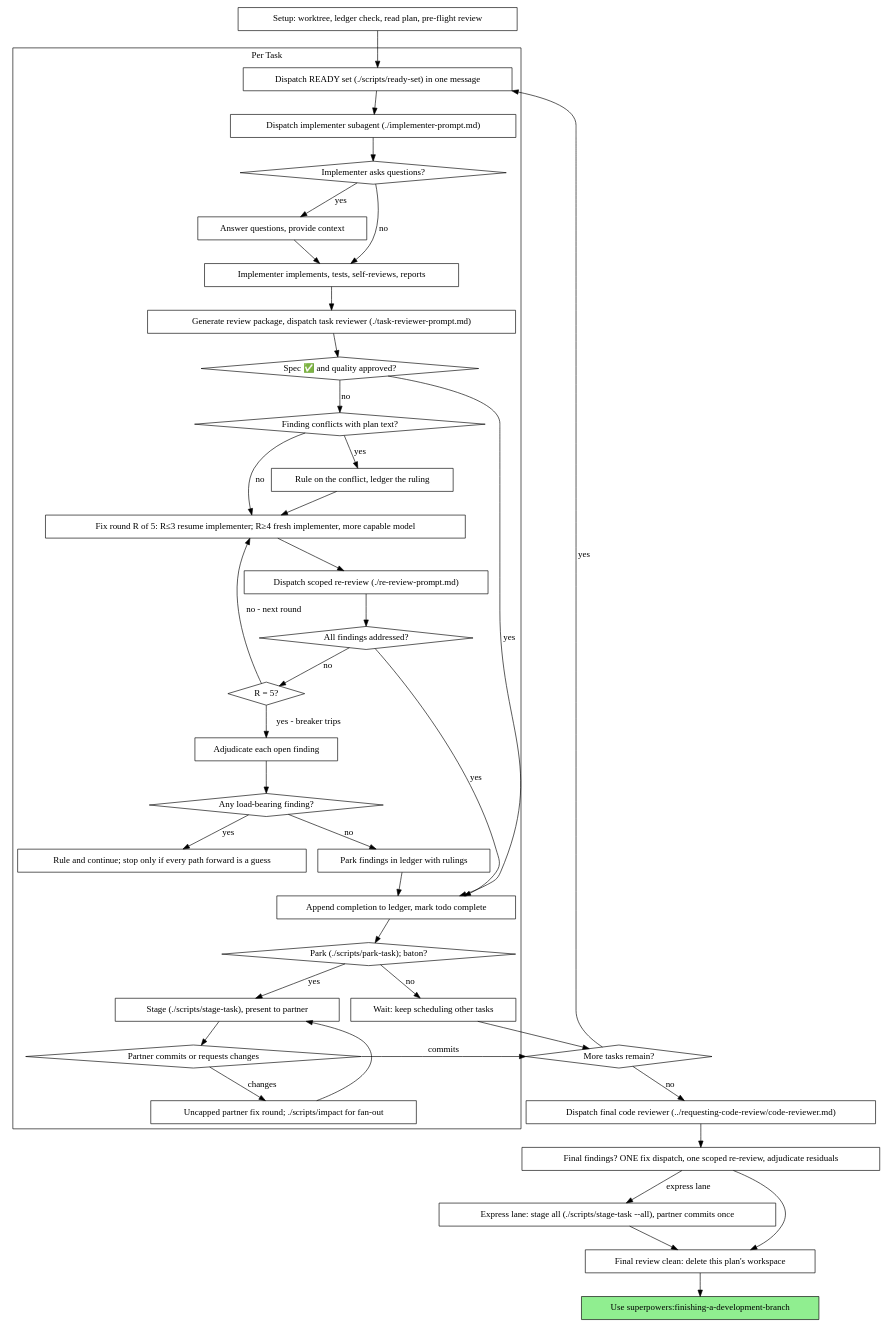
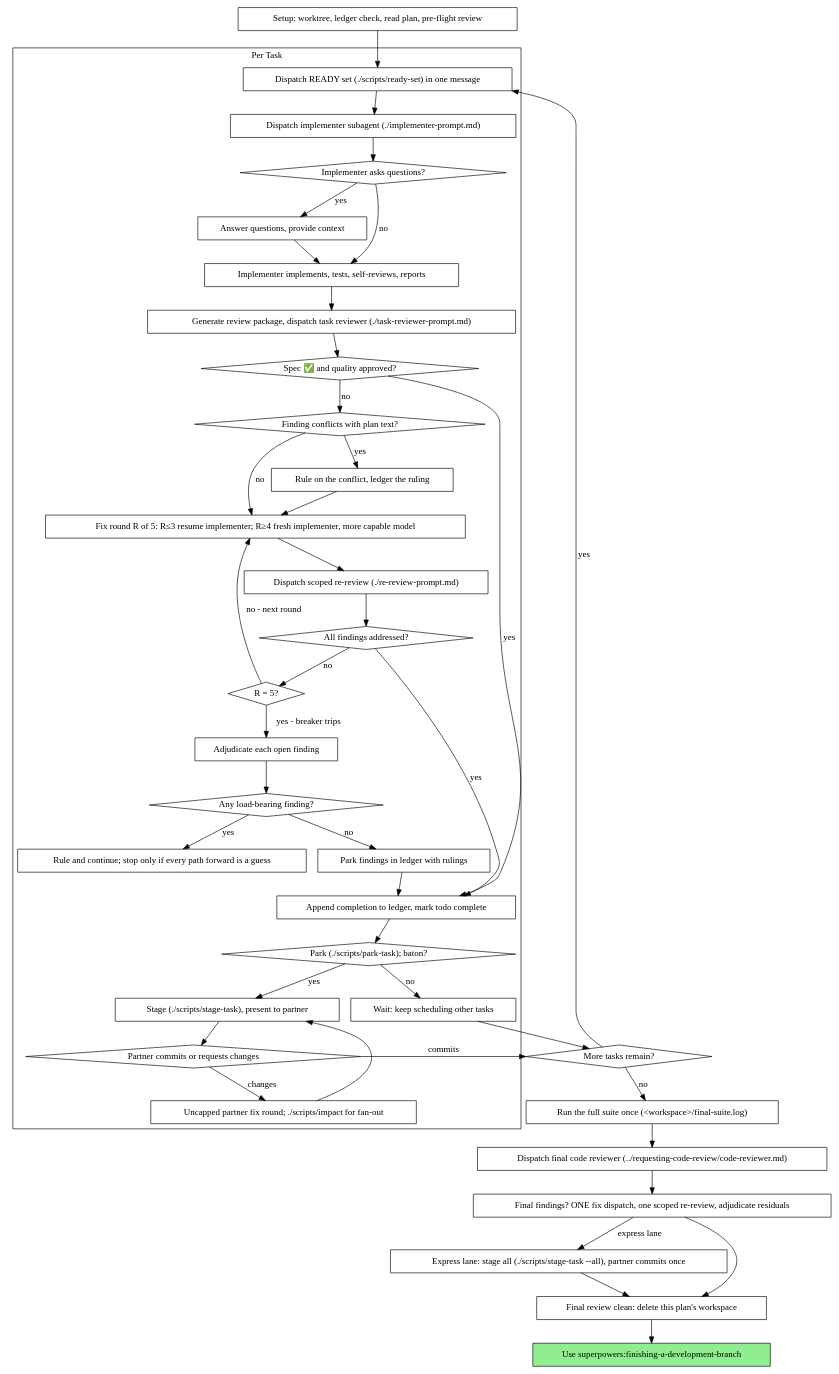
One commit to Petar-CV/playbook changed the second of 2 diagrams in skills/subagent-driven-development/SKILL.md. Above: the diagram before and after it, drawn with Graphviz. The commit also changed other lines of this file and 37 other files, not shown here.

Commit message:
Port the parts of upstream 6.4.1 that fit the commit gate. Native executing-plans, diagnosing-superpowers, per-plan snapshot refs, final-review grading, filled placeholder rows.

````diff
--- a/skills/subagent-driven-development/SKILL.md
+++ b/skills/subagent-driven-development/SKILL.md
@@ -66,79 +66,81 @@
 ```dot
 digraph process {
     rankdir=TB;
 
     subgraph cluster_per_task {
         label="Per Task";
         "Dispatch implementer subagent (./implementer-prompt.md)" [shape=box];
         "Implementer asks questions?" [shape=diamond];
         "Answer questions, provide context" [shape=box];
         "Implementer implements, tests, self-reviews, reports" [shape=box];
         "Generate review package, dispatch task reviewer (./task-reviewer-prompt.md)" [shape=box];
         "Spec ✅ and quality approved?" [shape=diamond];
         "Finding conflicts with plan text?" [shape=diamond];
         "Rule on the conflict, ledger the ruling" [shape=box];
         "Fix round R of 5: R≤3 resume implementer; R≥4 fresh implementer, more capable model" [shape=box];
         "Dispatch scoped re-review (./re-review-prompt.md)" [shape=box];
         "All findings addressed?" [shape=diamond];
         "R = 5?" [shape=diamond];
         "Adjudicate each open finding" [shape=box];
         "Any load-bearing finding?" [shape=diamond];
         "Rule and continue; stop only if every path forward is a guess" [shape=box];
         "Park findings in ledger with rulings" [shape=box];
         "Append completion to ledger, mark todo complete" [shape=box];
         "Dispatch READY set (./scripts/ready-set) in one message" [shape=box];
         "Park (./scripts/park-task); baton?" [shape=diamond];
         "Wait: keep scheduling other tasks" [shape=box];
         "Stage (./scripts/stage-task), present to partner" [shape=box];
         "Partner commits or requests changes" [shape=diamond];
         "Uncapped partner fix round; ./scripts/impact for fan-out" [shape=box];
     }
 
     "Setup: worktree, ledger check, read plan, pre-flight review" [shape=box];
     "More tasks remain?" [shape=diamond];
     "Dispatch final code reviewer (../requesting-code-review/code-reviewer.md)" [shape=box];
+    "Run the full suite once (<workspace>/final-suite.log)" [shape=box];
     "Final findings? ONE fix dispatch, one scoped re-review, adjudicate residuals" [shape=box];
     "Express lane: stage all (./scripts/stage-task --all), partner commits once" [shape=box];
     "Final review clean: delete this plan's workspace" [shape=box];
     "Use superpowers:finishing-a-development-branch" [shape=box style=filled fillcolor=lightgreen];
 
     "Setup: worktree, ledger check, read plan, pre-flight review" -> "Dispatch READY set (./scripts/ready-set) in one message";
     "Dispatch READY set (./scripts/ready-set) in one message" -> "Dispatch implementer subagent (./implementer-prompt.md)";
     "Dispatch implementer subagent (./implementer-prompt.md)" -> "Implementer asks questions?";
     "Implementer asks questions?" -> "Answer questions, provide context" [label="yes"];
     "Answer questions, provide context" -> "Implementer implements, tests, self-reviews, reports";
     "Implementer asks questions?" -> "Implementer implements, tests, self-reviews, reports" [label="no"];
     "Implementer implements, tests, self-reviews, reports" -> "Generate review package, dispatch task reviewer (./task-reviewer-prompt.md)";
     "Generate review package, dispatch task reviewer (./task-reviewer-prompt.md)" -> "Spec ✅ and quality approved?";
     "Spec ✅ and quality approved?" -> "Append completion to ledger, mark todo complete" [label="yes"];
     "Spec ✅ and quality approved?" -> "Finding conflicts with plan text?" [label="no"];
     "Finding conflicts with plan text?" -> "Rule on the conflict, ledger the ruling" [label="yes"];
     "Rule on the conflict, ledger the ruling" -> "Fix round R of 5: R≤3 resume implementer; R≥4 fresh implementer, more capable model";
     "Finding conflicts with plan text?" -> "Fix round R of 5: R≤3 resume implementer; R≥4 fresh implementer, more capable model" [label="no"];
     "Fix round R of 5: R≤3 resume implementer; R≥4 fresh implementer, more capable model" -> "Dispatch scoped re-review (./re-review-prompt.md)";
     "Dispatch scoped re-review (./re-review-prompt.md)" -> "All findings addressed?";
     "All findings addressed?" -> "Append completion to ledger, mark todo complete" [label="yes"];
     "All findings addressed?" -> "R = 5?" [label="no"];
     "R = 5?" -> "Fix round R of 5: R≤3 resume implementer; R≥4 fresh implementer, more capable model" [label="no - next round"];
     "R = 5?" -> "Adjudicate each open finding" [label="yes - breaker trips"];
     "Adjudicate each open finding" -> "Any load-bearing finding?";
     "Any load-bearing finding?" -> "Rule and continue; stop only if every path forward is a guess" [label="yes"];
     "Any load-bearing finding?" -> "Park findings in ledger with rulings" [label="no"];
     "Park findings in ledger with rulings" -> "Append completion to ledger, mark todo complete";
     "Append completion to ledger, mark todo complete" -> "Park (./scripts/park-task); baton?";
     "Park (./scripts/park-task); baton?" -> "Wait: keep scheduling other tasks" [label="no"];
     "Park (./scripts/park-task); baton?" -> "Stage (./scripts/stage-task), present to partner" [label="yes"];
     "Stage (./scripts/stage-task), present to partner" -> "Partner commits or requests changes";
     "Partner commits or requests changes" -> "Uncapped partner fix round; ./scripts/impact for fan-out" [label="changes"];
     "Uncapped partner fix round; ./scripts/impact for fan-out" -> "Stage (./scripts/stage-task), present to partner";
     "Partner commits or requests changes" -> "More tasks remain?" [label="commits"];
     "Wait: keep scheduling other tasks" -> "More tasks remain?";
     "More tasks remain?" -> "Dispatch READY set (./scripts/ready-set) in one message" [label="yes"];
-    "More tasks remain?" -> "Dispatch final code reviewer (../requesting-code-review/code-reviewer.md)" [label="no"];
+    "More tasks remain?" -> "Run the full suite once (<workspace>/final-suite.log)" [label="no"];
+    "Run the full suite once (<workspace>/final-suite.log)" -> "Dispatch final code reviewer (../requesting-code-review/code-reviewer.md)";
     "Dispatch final code reviewer (../requesting-code-review/code-reviewer.md)" -> "Final findings? ONE fix dispatch, one scoped re-review, adjudicate residuals";
     "Final findings? ONE fix dispatch, one scoped re-review, adjudicate residuals" -> "Express lane: stage all (./scripts/stage-task --all), partner commits once" [label="express lane"];
     "Express lane: stage all (./scripts/stage-task --all), partner commits once" -> "Final review clean: delete this plan's workspace";
     "Final findings? ONE fix dispatch, one scoped re-review, adjudicate residuals" -> "Final review clean: delete this plan's workspace";
     "Final review clean: delete this plan's workspace" -> "Use superpowers:finishing-a-development-branch";
 }
 ```
````
